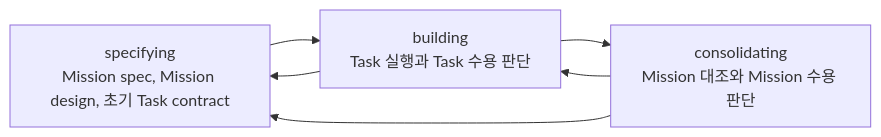
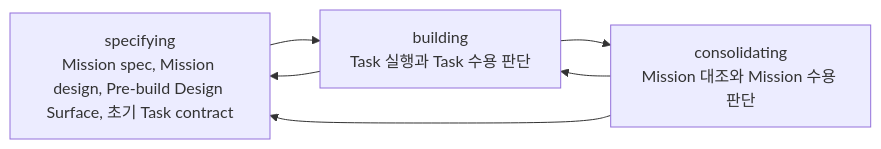
The first of 4 diagrams in docs/operating/mission.md (choam2426/geas), drawn with Mermaid before and after one commit. The commit also changed other lines of this file and 9 other files, not shown here.

Commit message:
Add pre-build design surface gate

````diff
--- a/docs/operating/mission.md
+++ b/docs/operating/mission.md
@@ -80,12 +80,12 @@
 ```mermaid
 flowchart LR
-  S["specifying<br/>Mission spec, Mission design, 초기 Task contract"]
+  S["specifying<br/>Mission spec, Mission design, Pre-build Design Surface, 초기 Task contract"]
   B["building<br/>Task 실행과 Task 수용 판단"]
   C["consolidating<br/>Mission 대조와 Mission 수용 판단"]
 
   S --> B
   B --> C
   B --> S
   C --> B
   C --> S
 ```
````
